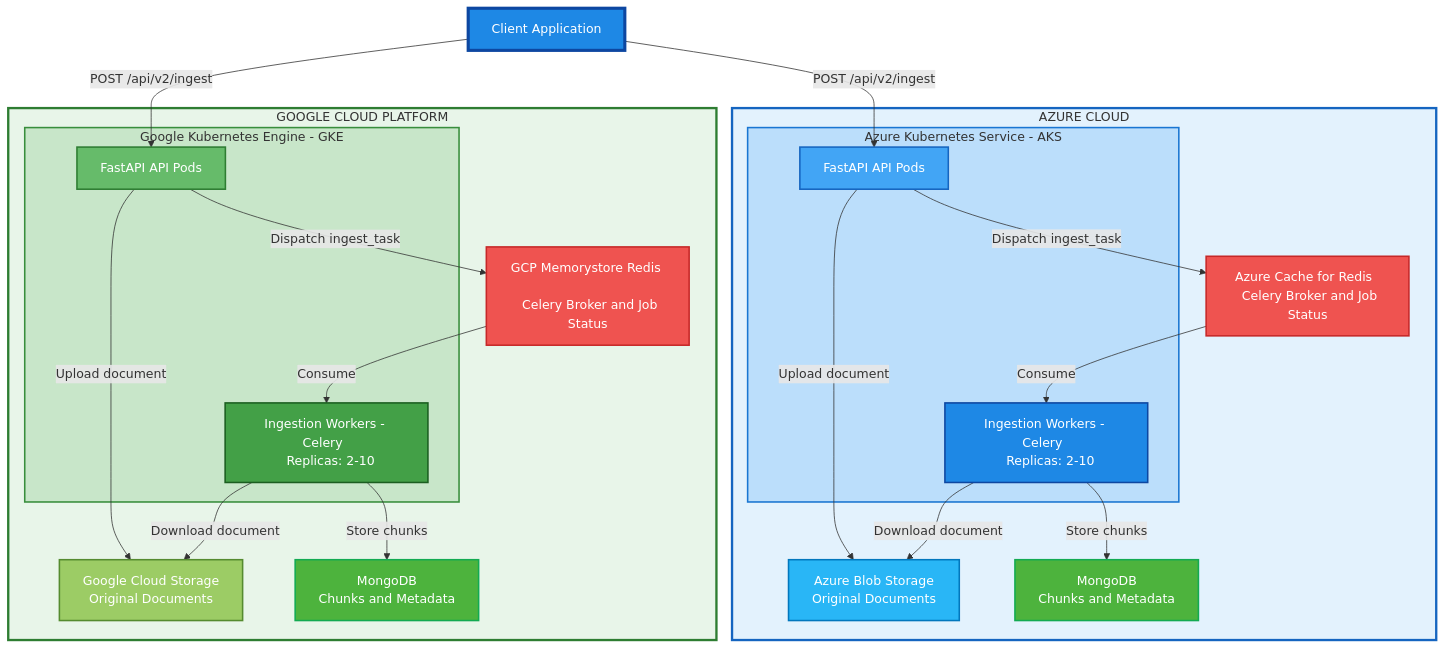
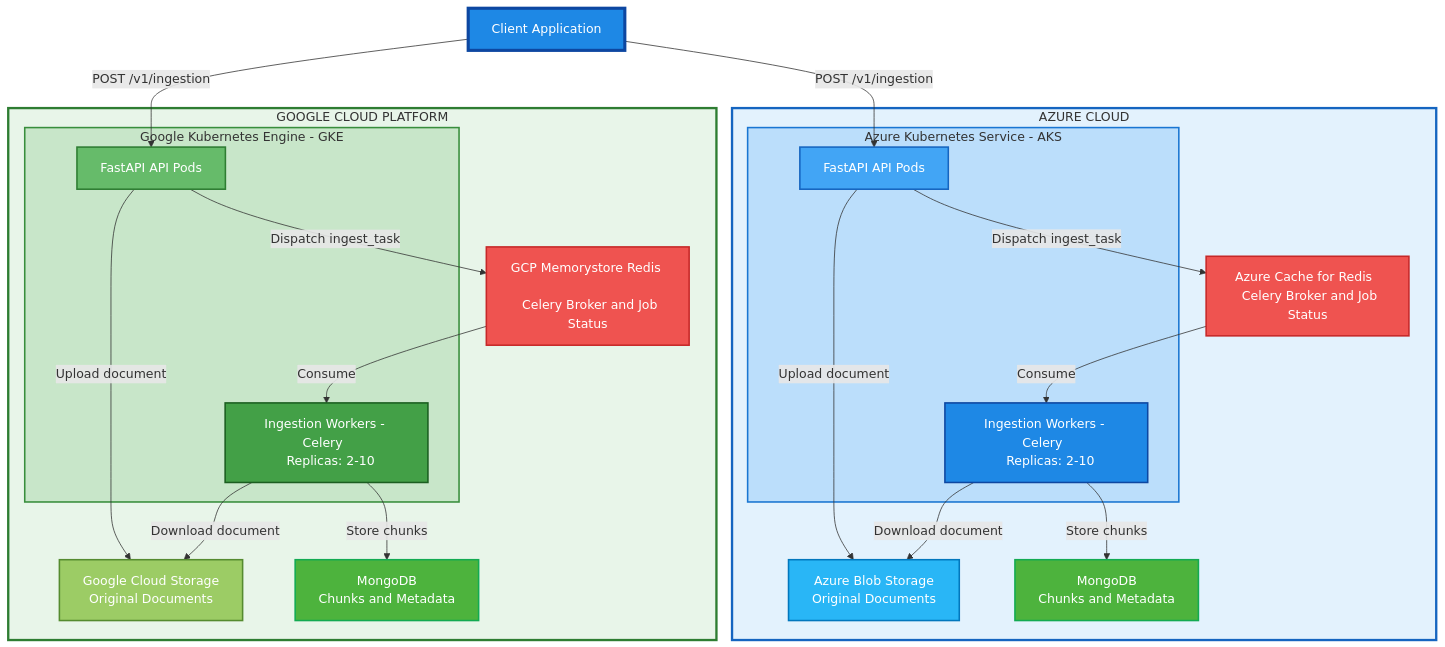
The first of 2 diagrams in docs/DESIGN.md (hmunjuluri05/rag-ingestion-api), drawn with Mermaid before and after one commit. The commit also changed other lines of this file and 1 other file, not shown here.

````diff
--- a/docs/DESIGN.md
+++ b/docs/DESIGN.md
@@ -79,57 +79,57 @@
 ```mermaid
 graph TB
     Client["Client Application  "]
 
     subgraph Azure["  AZURE CLOUD  "]
         subgraph AKS["  Azure Kubernetes Service - AKS  "]
             API_A["  FastAPI API Pods  "]
             Workers_A["  Ingestion Workers - Celery  <br/>  Replicas: 2-10  "]
         end
         Redis_A["  Azure Cache for Redis  <br/>  Celery Broker and Job Status  "]
         Blob_A["  Azure Blob Storage  <br/>  Original Documents  "]
         MongoDB_A["  MongoDB  <br/>  Chunks and Metadata  "]
     end
 
     subgraph GCP["  GOOGLE CLOUD PLATFORM  "]
         subgraph GKE["  Google Kubernetes Engine - GKE  "]
             API_G["  FastAPI API Pods  "]
             Workers_G["  Ingestion Workers - Celery  <br/>  Replicas: 2-10  "]
         end
         Redis_G["  GCP Memorystore Redis  <br/>  Celery Broker and Job Status  "]
         GCS_G["  Google Cloud Storage  <br/>  Original Documents  "]
         MongoDB_G["  MongoDB  <br/>  Chunks and Metadata  "]
     end
 
-    Client -->|POST /api/v2/ingest| API_A
-    Client -->|POST /api/v2/ingest| API_G
+    Client -->|POST /v1/ingestion| API_A
+    Client -->|POST /v1/ingestion| API_G
 
     API_A -->|Dispatch ingest_task| Redis_A
     Redis_A -->|Consume| Workers_A
 
     API_A -->|Upload document| Blob_A
     Workers_A -->|Download document| Blob_A
     Workers_A -->|Store chunks| MongoDB_A
 
     API_G -->|Dispatch ingest_task| Redis_G
     Redis_G -->|Consume| Workers_G
 
     API_G -->|Upload document| GCS_G
     Workers_G -->|Download document| GCS_G
     Workers_G -->|Store chunks| MongoDB_G
 
     style Client fill:#1E88E5,stroke:#0D47A1,stroke-width:4px,color:#FFFFFF
     style Azure fill:#E3F2FD,stroke:#1565C0,stroke-width:3px
     style AKS fill:#BBDEFB,stroke:#1976D2,stroke-width:2px
     style API_A fill:#42A5F5,stroke:#1565C0,stroke-width:2px,color:#FFFFFF
     style Workers_A fill:#1E88E5,stroke:#0D47A1,stroke-width:2px,color:#FFFFFF
     style Redis_A fill:#EF5350,stroke:#C62828,stroke-width:2px,color:#FFFFFF
     style Blob_A fill:#29B6F6,stroke:#0277BD,stroke-width:2px,color:#FFFFFF
     style MongoDB_A fill:#4DB33D,stroke:#13AA52,stroke-width:2px,color:#FFFFFF
     style GCP fill:#E8F5E9,stroke:#2E7D32,stroke-width:3px
     style GKE fill:#C8E6C9,stroke:#388E3C,stroke-width:2px
     style API_G fill:#66BB6A,stroke:#2E7D32,stroke-width:2px,color:#FFFFFF
     style Workers_G fill:#43A047,stroke:#1B5E20,stroke-width:2px,color:#FFFFFF
     style Redis_G fill:#EF5350,stroke:#C62828,stroke-width:2px,color:#FFFFFF
     style GCS_G fill:#9CCC65,stroke:#558B2F,stroke-width:2px,color:#FFFFFF
     style MongoDB_G fill:#4DB33D,stroke:#13AA52,stroke-width:2px,color:#FFFFFF
 ```
````
